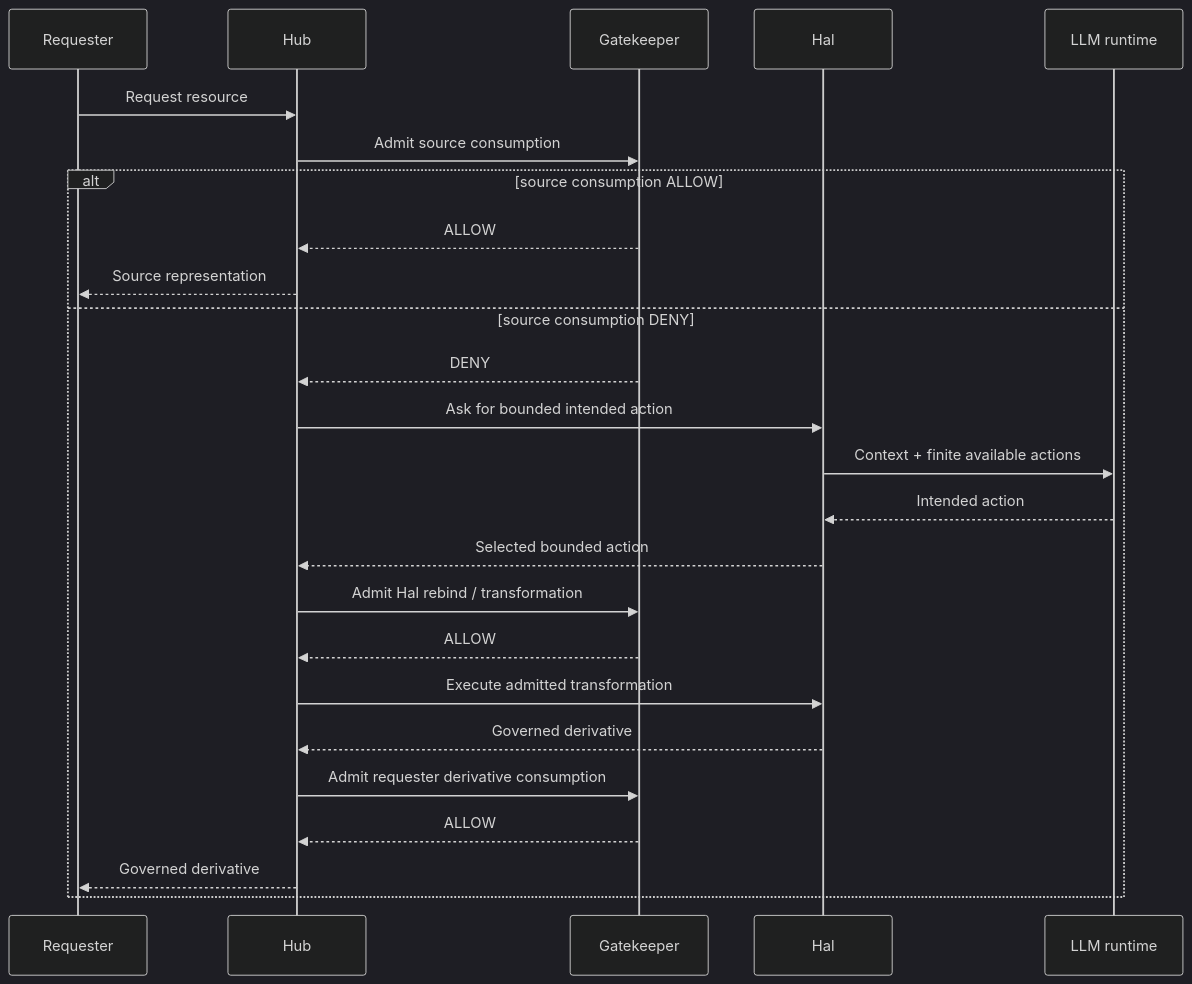
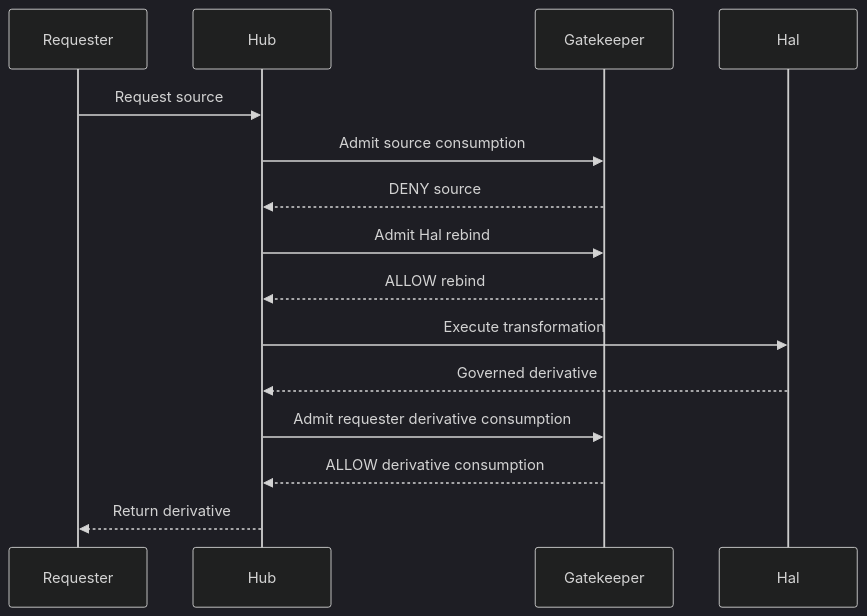
Before and after one commit to onzelf/openhealth-cdi: diagram 16 of 16 in doc/ARCHITECTURE.md, drawn with Mermaid (dark theme). The commit also changed other lines of this file and 1 other file, not shown here.

````diff
--- a/doc/ARCHITECTURE.md
+++ b/doc/ARCHITECTURE.md
@@ -1098,31 +474,20 @@
 ```mermaid
 sequenceDiagram
     participant R as Requester
     participant H as Hub
     participant G as Gatekeeper
     participant A as Hal
-    participant L as LLM runtime
 
-    R->>H: Request resource
+    R->>H: Request source
     H->>G: Admit source consumption
+    G-->>H: DENY source
 
-    alt source consumption ALLOW
-        G-->>H: ALLOW
-        H-->>R: Source representation
-    else source consumption DENY
-        G-->>H: DENY
-        H->>A: Ask for bounded intended action
-        A->>L: Context + finite available actions
-        L-->>A: Intended action
-        A-->>H: Selected bounded action
+    H->>G: Admit Hal rebind
+    G-->>H: ALLOW rebind
+    H->>A: Execute transformation
+    A-->>H: Governed derivative
 
-        H->>G: Admit Hal rebind / transformation
-        G-->>H: ALLOW
-        H->>A: Execute admitted transformation
-        A-->>H: Governed derivative
-
-        H->>G: Admit requester derivative consumption
-        G-->>H: ALLOW
-        H-->>R: Governed derivative
-    end
+    H->>G: Admit requester derivative consumption
+    G-->>H: ALLOW derivative consumption
+    H-->>R: Return derivative
 ```
````
